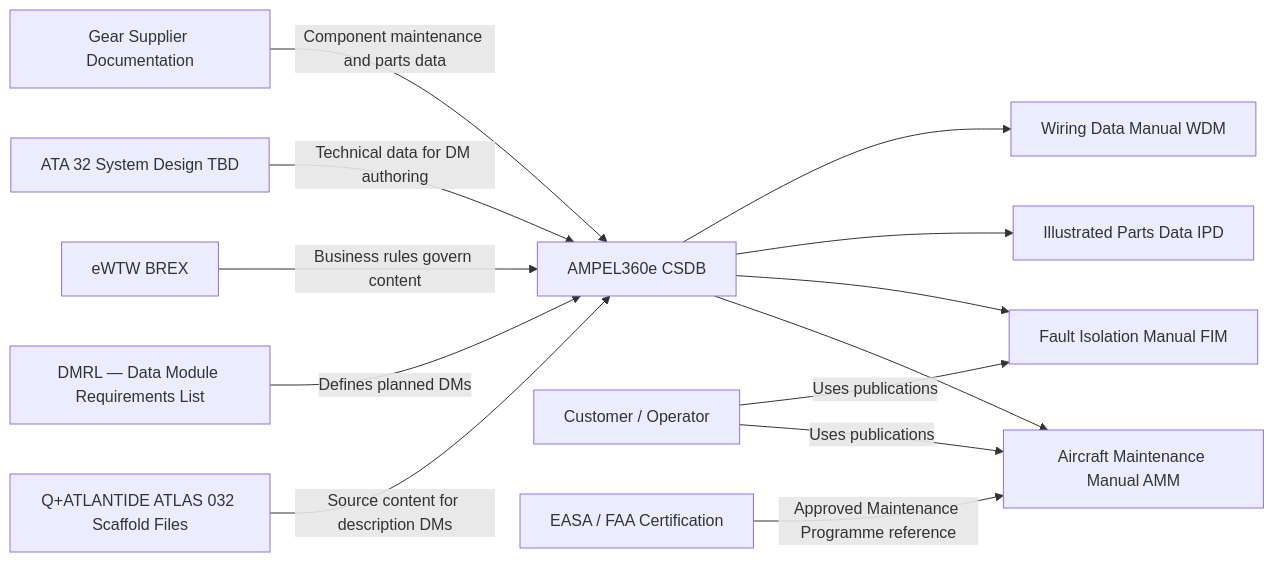
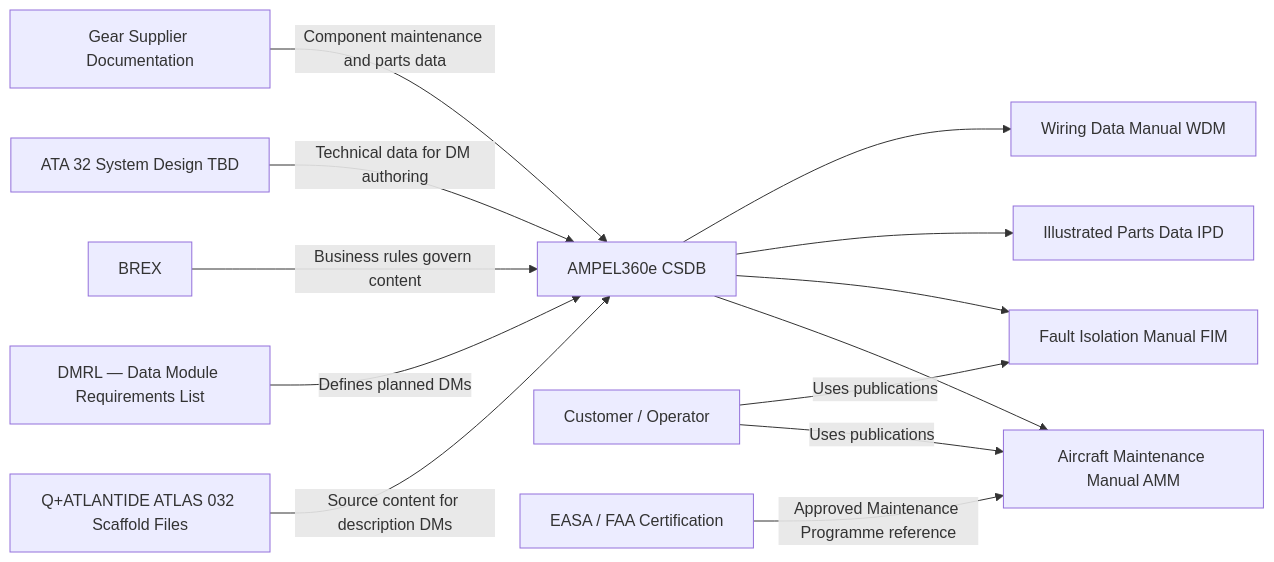
One commit to AmedeoPelliccia/Qplus-For-All-Queer-People-and-Quantum changed the first of 3 diagrams in Q+ATLANTIDE/000-099_ATLAS/030-039_Proteccion-y-Sistemas-Mecanicos/032_Landing-Gear/032-090-S1000D-CSDB-Mapping-and-Traceability.md. Above: the diagram before and after it, drawn with Mermaid. The commit also changed other lines of this file and 51 other files, not shown here.

First line of the commit message:
Generalize all 52 ATLAS S1000D-CSDB mapping files: remove AMPEL360E/eWTW/Programmes_example references, add scope: agnostic-standard, use generic DMC placeholders

````diff
--- a/Q+ATLANTIDE/000-099_ATLAS/030-039_Proteccion-y-Sistemas-Mecanicos/032_Landing-Gear/032-090-S1000D-CSDB-Mapping-and-Traceability.md
+++ b/Q+ATLANTIDE/000-099_ATLAS/030-039_Proteccion-y-Sistemas-Mecanicos/032_Landing-Gear/032-090-S1000D-CSDB-Mapping-and-Traceability.md
@@ -207,15 +208,15 @@
 ```mermaid
 flowchart LR
     ATLAS[Q+ATLANTIDE ATLAS 032 Scaffold Files] -->|Source content for description DMs| CSDB[AMPEL360e CSDB]
     CSDB --> AMM[Aircraft Maintenance Manual AMM]
     CSDB --> FIM[Fault Isolation Manual FIM]
     CSDB --> IPD[Illustrated Parts Data IPD]
     CSDB --> WDM[Wiring Data Manual WDM]
     DMRL[DMRL — Data Module Requirements List] -->|Defines planned DMs| CSDB
-    BREX[eWTW BREX] -->|Business rules govern content| CSDB
+    BREX[<PROGRAMME-SHORT> BREX] -->|Business rules govern content| CSDB
     SYSTEM[ATA 32 System Design TBD] -->|Technical data for DM authoring| CSDB
     SUPPLIER[Gear Supplier Documentation] -->|Component maintenance and parts data| CSDB
     CUSTOMER[Customer / Operator] -->|Uses publications| AMM
     CUSTOMER -->|Uses publications| FIM
     REG[EASA / FAA Certification] -->|Approved Maintenance Programme reference| AMM
 ```
````
